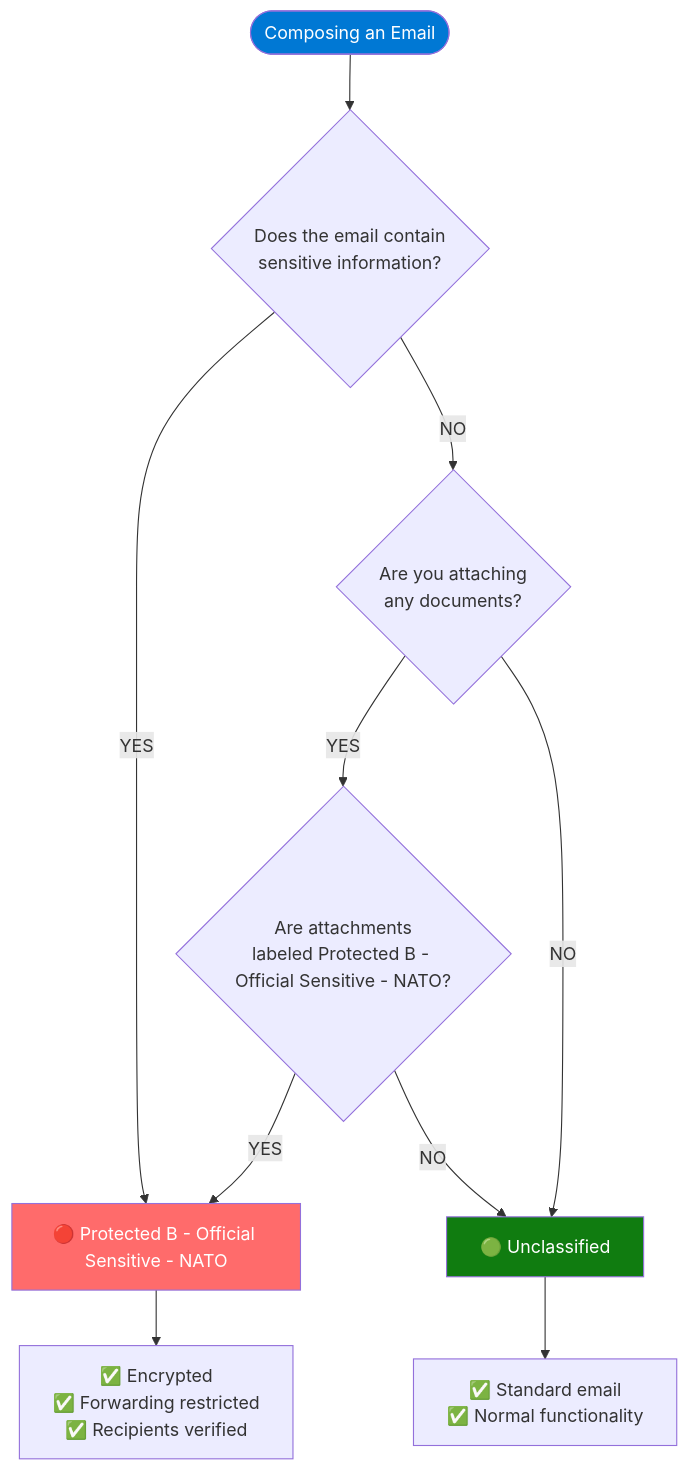
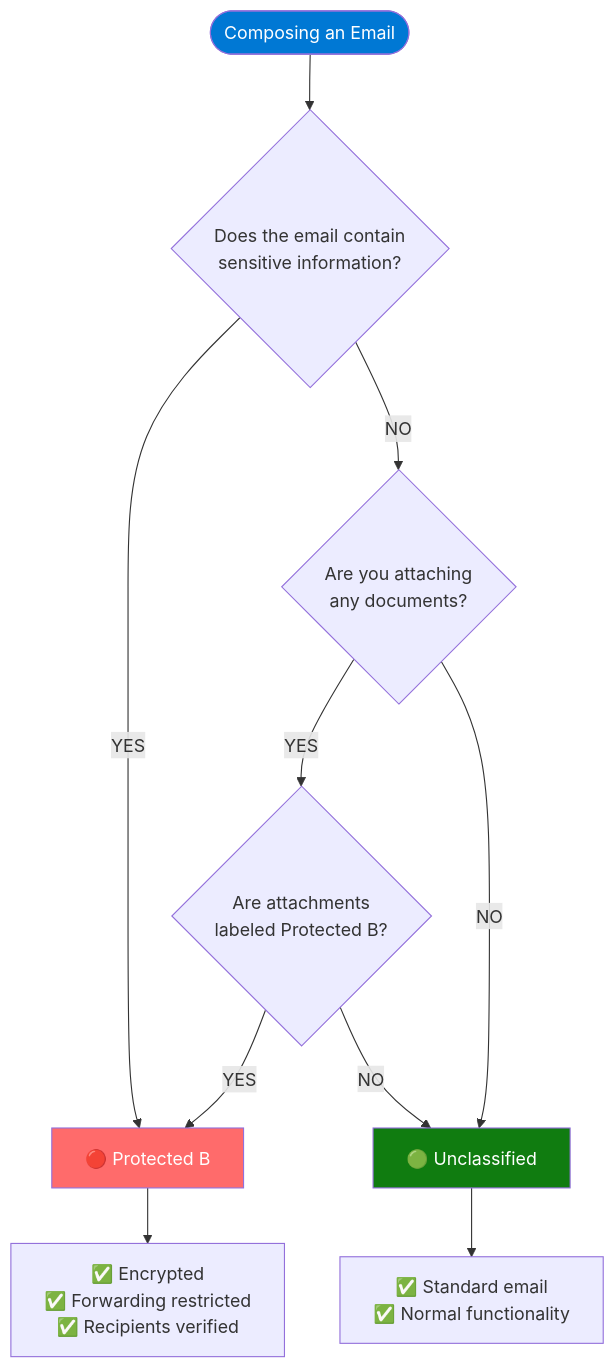
Before and after one commit to Cloudstrucc/Public: the second of 4 diagrams in docs/Teams/latest/package/DECISION-TREE-VISUAL-GUIDE.md, drawn with Mermaid. The commit also changed other lines of this file, not shown here.

````diff
--- a/docs/Teams/latest/package/DECISION-TREE-VISUAL-GUIDE.md
+++ b/docs/Teams/latest/package/DECISION-TREE-VISUAL-GUIDE.md
@@ -96,20 +91,20 @@
 ```mermaid
 flowchart TD
     Start([Composing an Email]) --> Q1{Does the email contain<br/>sensitive information?}
     
-    Q1 -->|YES| ProtB[🔴 Protected B - Official Sensitive - NATO]
+    Q1 -->|YES| ProtB[🔴 Protected B]
     Q1 -->|NO| Q2{Are you attaching<br/>any documents?}
     
-    Q2 -->|YES| Q3{Are attachments<br/>labeled Protected B - Official Sensitive - NATO?}
+    Q2 -->|YES| Q3{Are attachments<br/>labeled Protected B?}
     Q2 -->|NO| Unclass[🟢 Unclassified]
     
     Q3 -->|YES| ProtB
     Q3 -->|NO| Unclass
     
     ProtB --> Result1[✅ Encrypted<br/>✅ Forwarding restricted<br/>✅ Recipients verified]
     Unclass --> Result2[✅ Standard email<br/>✅ Normal functionality]
     
     style Start fill:#0078d4,color:#fff
     style ProtB fill:#ff6b6b,color:#fff
     style Unclass fill:#107c10,color:#fff
 ```
````
